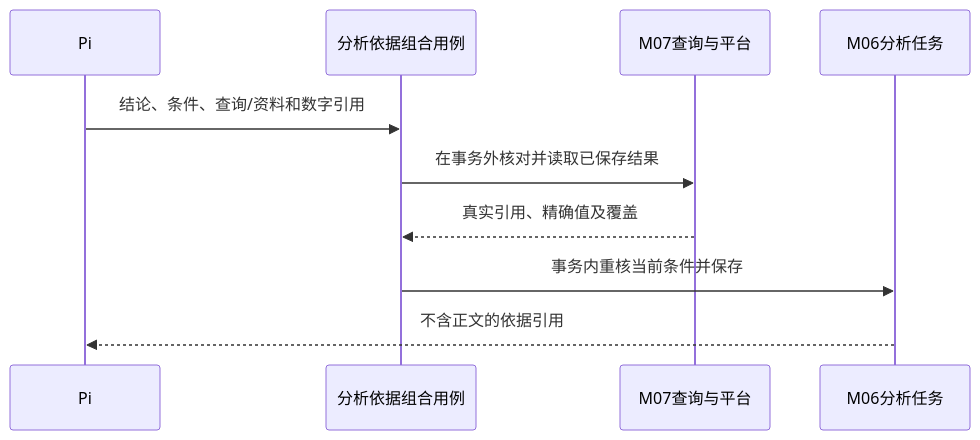
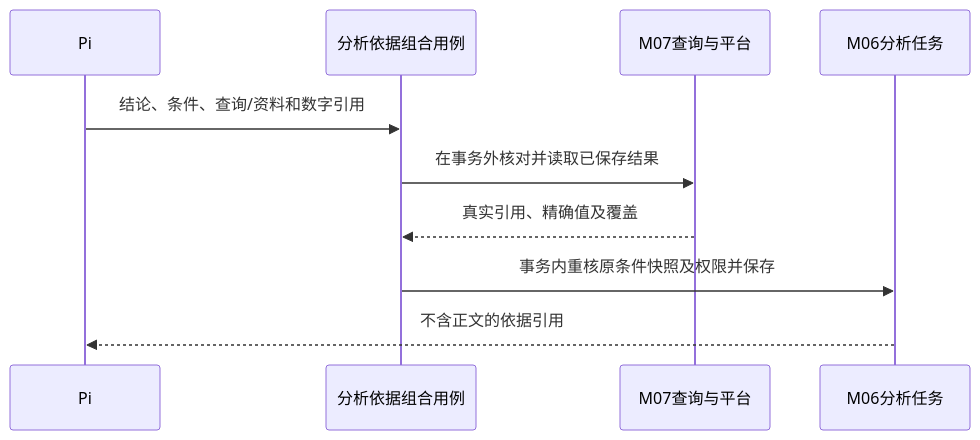
One commit to yaoziyaoguai/data_agent changed the diagram in docs/architecture/implementation-design.md. Above: the diagram before and after it, drawn with Mermaid. The commit also changed other lines of this file and 137 other files, not shown here.

````diff
--- a/docs/architecture/implementation-design.md
+++ b/docs/architecture/implementation-design.md
@@ -438,12 +468,12 @@
 ```mermaid
 sequenceDiagram
     participant P as Pi
     participant U as 分析依据组合用例
     participant Q as M07查询与平台
     participant A as M06分析任务
     P->>U: 结论、条件、查询/资料和数字引用
     U->>Q: 在事务外核对并读取已保存结果
     Q-->>U: 真实引用、精确值及覆盖
-    U->>A: 事务内重核当前条件并保存
+    U->>A: 事务内重核原条件快照及权限并保存
     A-->>P: 不含正文的依据引用
 ```
````
